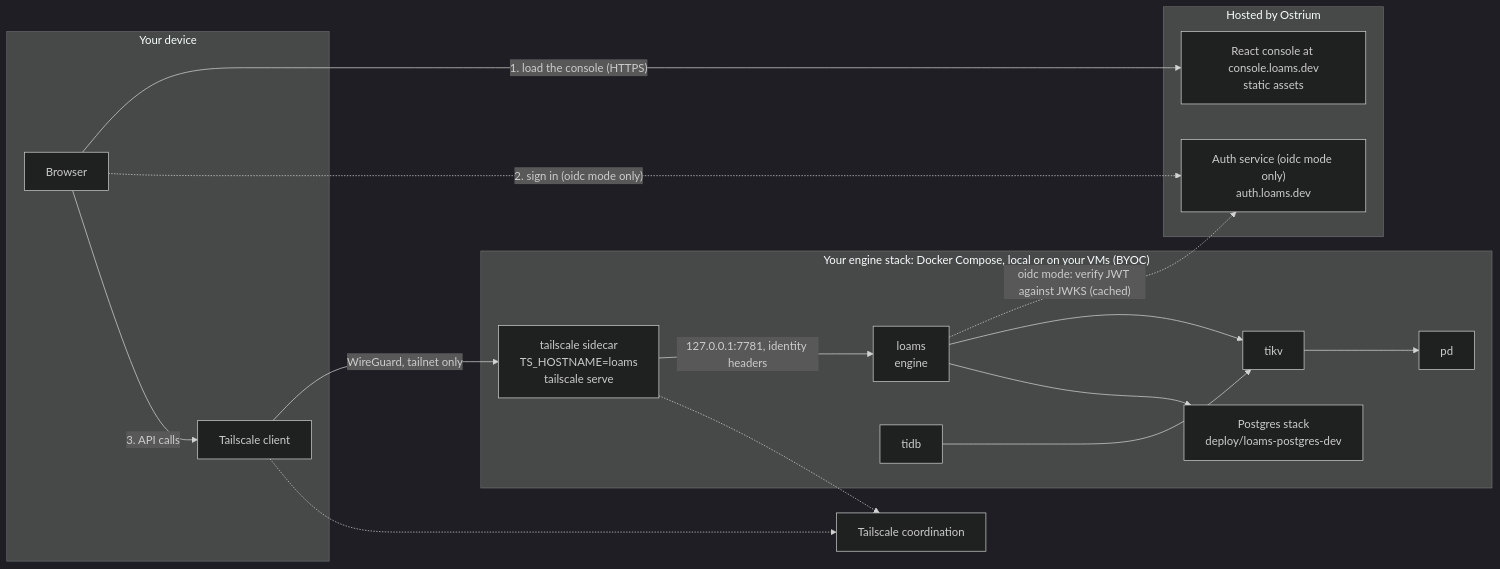
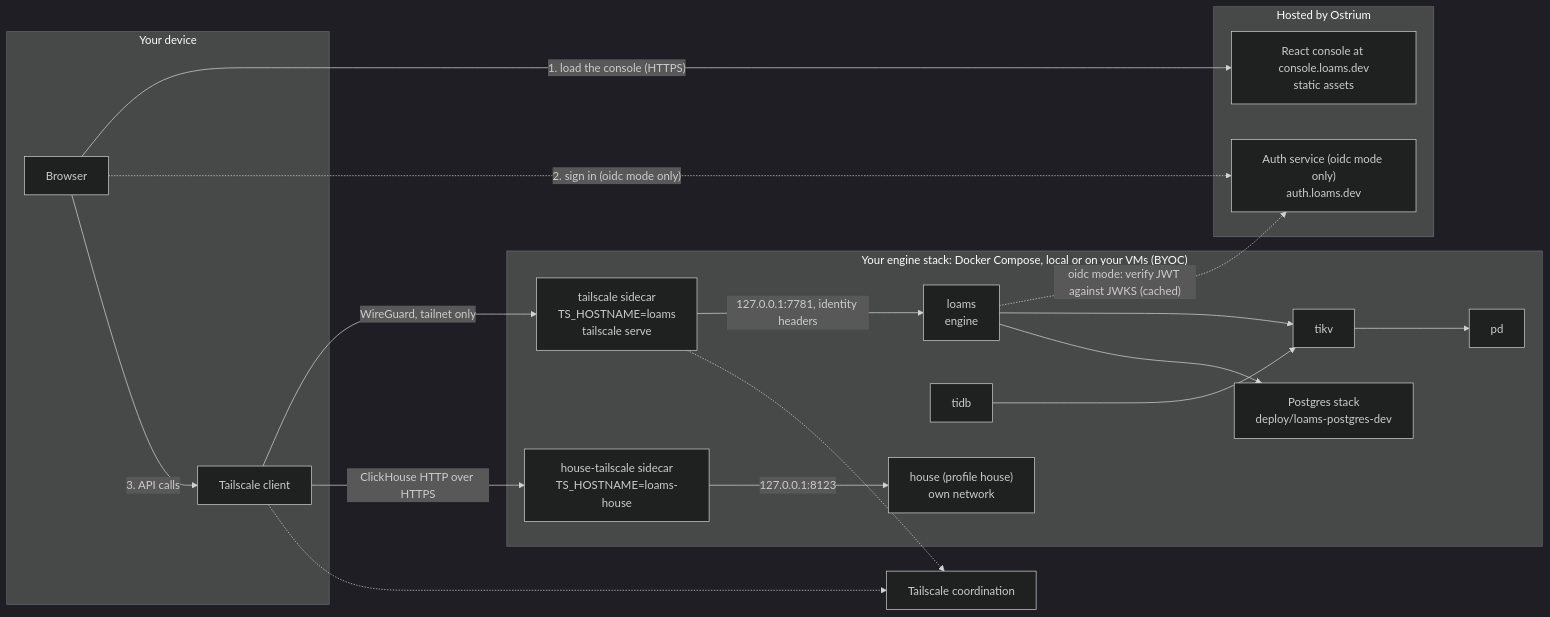
One commit to BharanitharanKR/loams changed the diagram in docs/release/preview.md. Above: the diagram before and after it, drawn with Mermaid (dark theme). The commit also changed other lines of this file and 4 other files, not shown here.

````diff
--- a/docs/release/preview.md
+++ b/docs/release/preview.md
@@ -29,36 +61,40 @@
 ```mermaid
 flowchart LR
   subgraph hosted["Hosted by Ostrium"]
     console["React console at console.loams.dev<br/>static assets"]
     auth["Auth service (oidc mode only)<br/>auth.loams.dev"]
   end
 
   subgraph device["Your device"]
     browser["Browser"]
     tsclient["Tailscale client"]
   end
 
   coord["Tailscale coordination"]
 
   subgraph stack["Your engine stack: Docker Compose, local or on your VMs (BYOC)"]
     ts["tailscale sidecar<br/>TS_HOSTNAME=loams<br/>tailscale serve"]
     loams["loams<br/>engine"]
     tidb["tidb"]
     tikv["tikv"]
     pd["pd"]
     pg["Postgres stack<br/>deploy/loams-postgres-dev"]
+    hts["house-tailscale sidecar<br/>TS_HOSTNAME=loams-house"]
+    house["house (profile house)<br/>own network"]
   end
 
   browser -- "1. load the console (HTTPS)" --> console
   browser -. "2. sign in (oidc mode only)" .-> auth
   browser -- "3. API calls" --> tsclient
   tsclient -- "WireGuard, tailnet only" --> ts
   ts -- "127.0.0.1:7781, identity headers" --> loams
   loams -. "oidc mode: verify JWT against JWKS (cached)" .-> auth
   loams --> tikv
   tidb --> tikv
   tikv --> pd
   loams --> pg
+  tsclient -- "ClickHouse HTTP over HTTPS" --> hts
+  hts -- "127.0.0.1:8123" --> house
   tsclient -.-> coord
   ts -.-> coord
 ```
````
